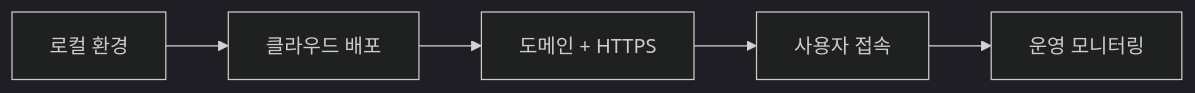
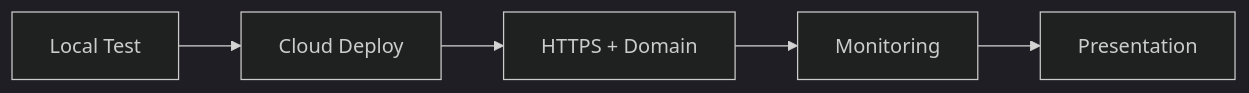
One commit to sujinchoo/Ai.build.education changed the diagram in curriculum/week12.md. Above: the diagram before and after it, drawn with Mermaid (dark theme). The commit also changed other lines of this file and 23 other files, not shown here.

````diff
--- a/curriculum/week12.md
+++ b/curriculum/week12.md
@@ -14,7 +20,7 @@
 ```mermaid
 flowchart LR
-    L[로컬 환경] --> C[클라우드 배포]
-    C --> D[도메인 + HTTPS]
-    D --> U[사용자 접속]
-    U --> M[운영 모니터링]
+    L[Local Test] --> C[Cloud Deploy]
+    C --> H[HTTPS + Domain]
+    H --> M[Monitoring]
+    M --> P[Presentation]
 ```
````
